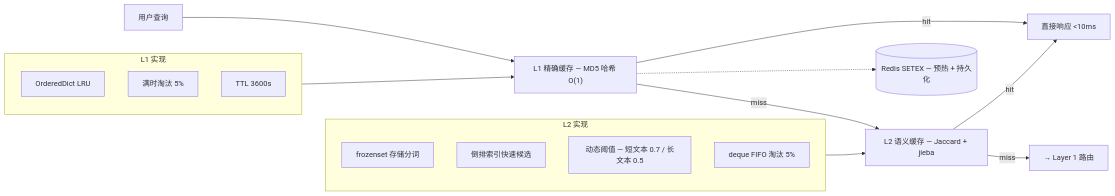
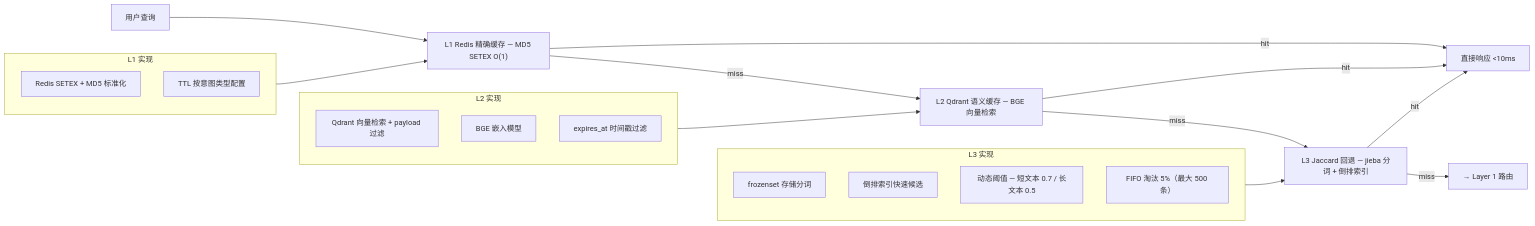
The diagram in README.md (Xander-Xai/Customer-Service-AI-Agent), drawn with Mermaid before and after one commit. The commit also changed other lines of this file and 4 other files, not shown here.

````diff
--- a/README.md
+++ b/README.md
@@ -383,27 +401,35 @@
 ```mermaid
 flowchart LR
-    Query["用户查询"] --> L1["L1 精确缓存 — MD5 哈希 O(1)"]
+    Query["用户查询"] --> L1["L1 Redis 精确缓存 — MD5 SETEX O(1)"]
     L1 -->|"hit"| Response["直接响应 &lt;10ms"]
-    L1 -->|"miss"| L2["L2 语义缓存 — Jaccard + jieba"]
+    L1 -->|"miss"| L2["L2 Qdrant 语义缓存 — BGE 向量检索"]
     L2 -->|"hit"| Response
-    L2 -->|"miss"| Router["→ Layer 1 路由"]
+    L2 -->|"miss"| L3["L3 Jaccard 回退 — jieba 分词 + 倒排索引"]
+    L3 -->|"hit"| Response
+    L3 -->|"miss"| Router["→ Layer 1 路由"]
 
     subgraph L1Detail["L1 实现"]
         direction TB
-        OD["OrderedDict LRU"]
-        EVICT1["满时淘汰 5%"]
-        TTL1["TTL 3600s"]
+        RD1["Redis SETEX + MD5 标准化"]
+        TTL1["TTL 按意图类型配置"]
     end
 
     subgraph L2Detail["L2 实现"]
         direction TB
+        QD["Qdrant 向量检索 + payload 过滤"]
+        BGE["BGE 嵌入模型"]
+        EX2["expires_at 时间戳过滤"]
+    end
+
+    subgraph L3Detail["L3 实现"]
+        direction TB
         FROZEN["frozenset 存储分词"]
         INV["倒排索引快速候选"]
         DYN["动态阈值 — 短文本 0.7 / 长文本 0.5"]
-        EVICT2["deque FIFO 淘汰 5%"]
+        EVICT3["FIFO 淘汰 5%（最大 500 条）"]
     end
 
     L1Detail --> L1
     L2Detail --> L2
-    L1 -.-> Redis[("Redis SETEX — 预热 + 持久化")]
+    L3Detail --> L3
 ```
````
